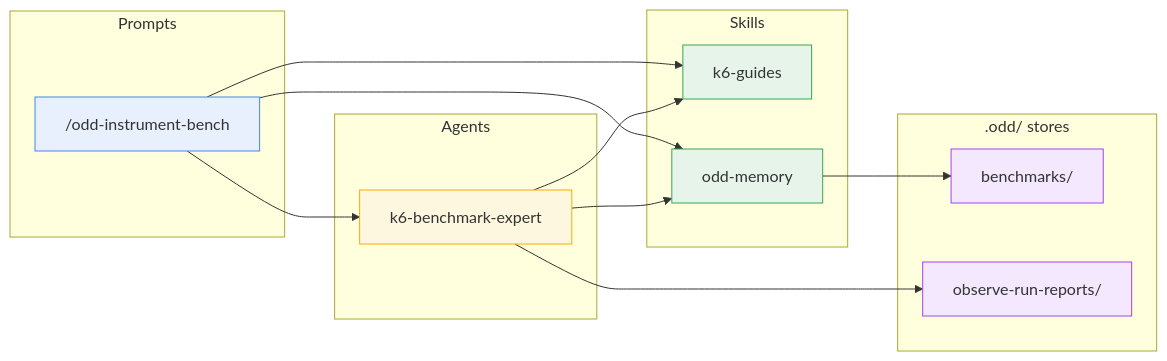
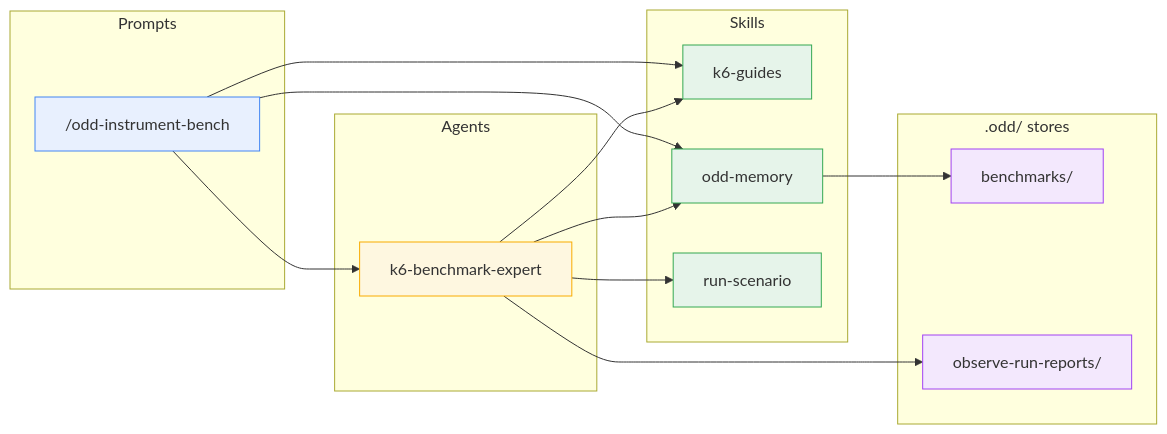
The second of 7 diagrams in docs/guide/plugin.md (using-system/oddyssey), drawn with Mermaid before and after one commit. The commit also changed other lines of this file and 3 other files, not shown here.

````diff
--- a/docs/guide/plugin.md
+++ b/docs/guide/plugin.md
@@ -95,40 +95,42 @@
 ```mermaid
 flowchart LR
   subgraph Prompts
     bench["/odd-instrument-bench"]
   end
 
   subgraph Agents
     k6x[k6-benchmark-expert]
   end
 
   subgraph Skills
     kg[k6-guides]
     mem[odd-memory]
+    rs[run-scenario]
   end
 
   subgraph Stores[".odd/ stores"]
     benchdir[benchmarks/]
     obsdir[observe-run-reports/]
   end
 
   bench --> k6x
   bench --> kg
   bench --> mem
 
   k6x --> kg
   k6x --> mem
+  k6x --> rs
   k6x --> obsdir
 
   mem --> benchdir
 
 
   classDef prompt fill:#e8f0fe,stroke:#4285f4
   classDef agent fill:#fef7e0,stroke:#f9ab00
   classDef skill fill:#e6f4ea,stroke:#34a853
   classDef store fill:#f3e8fd,stroke:#a142f4
   class bench prompt
   class k6x agent
-  class kg,mem skill
+  class kg,mem,rs skill
   class benchdir,obsdir store
 ```
````
